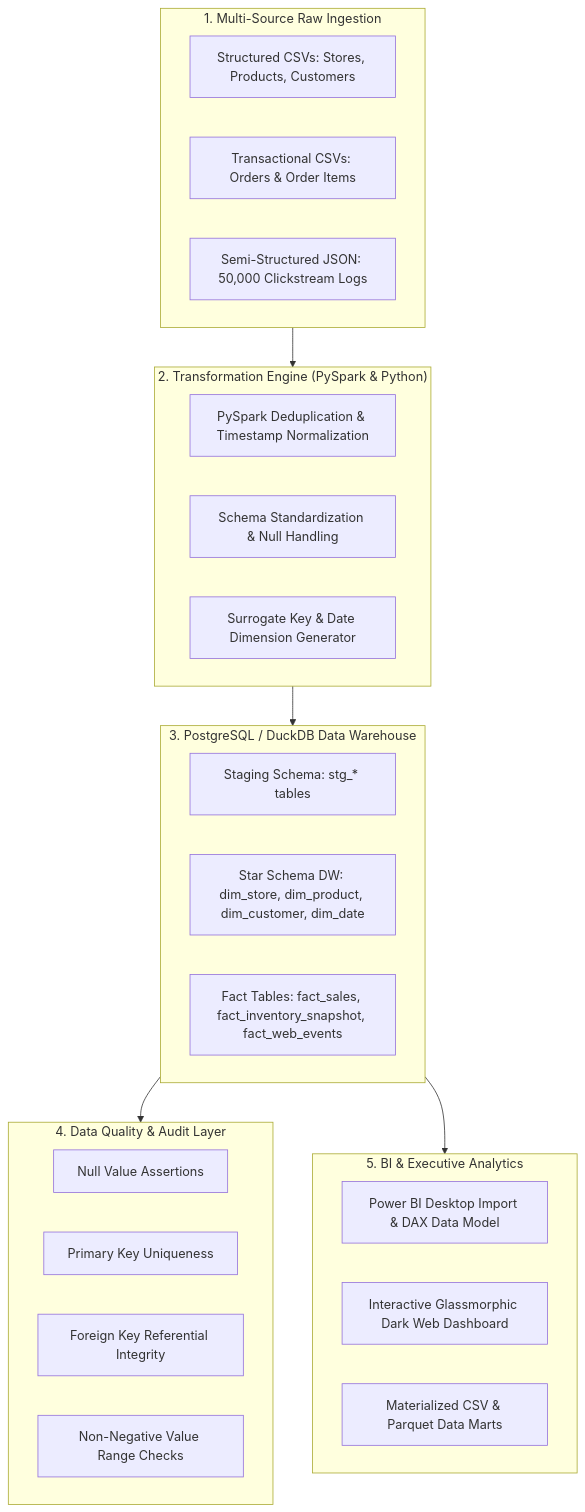
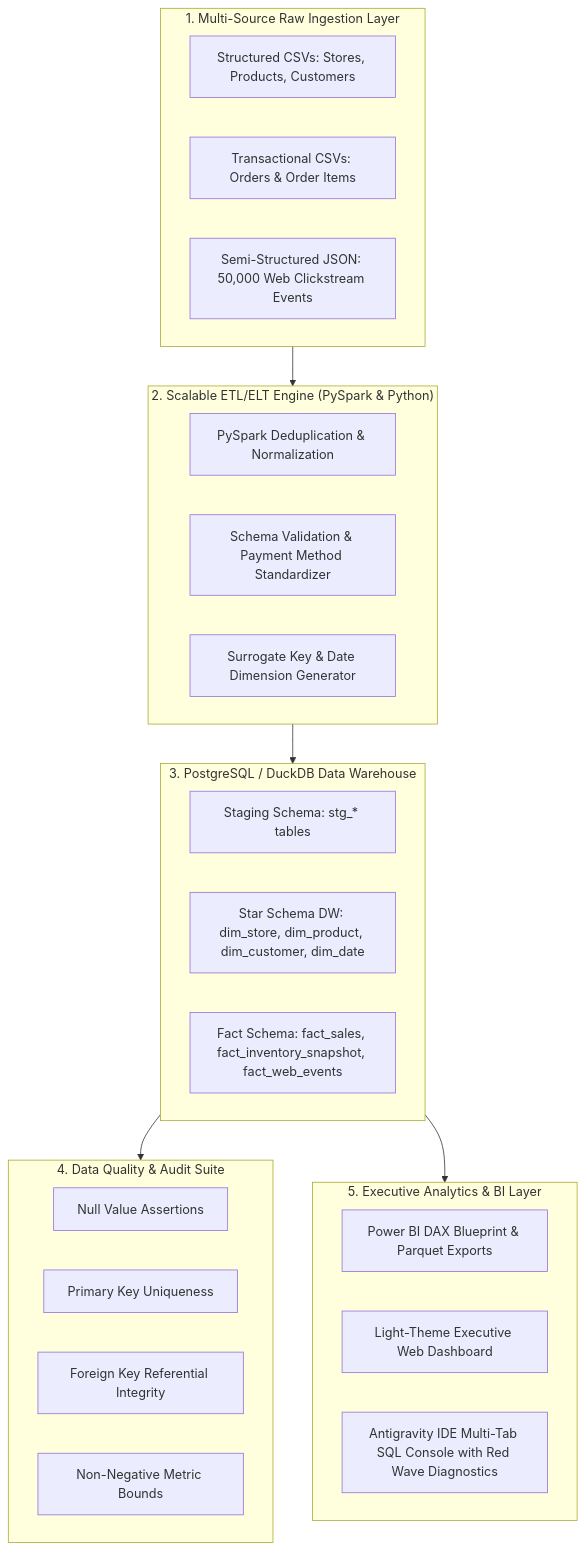
One commit to rajuperumalla951515/Enterprise-Retail-Data-Platform changed the diagram in README.md. Above: the diagram before and after it, drawn with Mermaid. The commit also changed other lines of this file, not shown here.

````diff
--- a/README.md
+++ b/README.md
@@ -25,38 +28,38 @@
 ```mermaid
 flowchart TD
-    subgraph Multi_Source_Ingestion["1. Multi-Source Raw Ingestion"]
+    subgraph Raw_Ingestion["1. Multi-Source Raw Ingestion Layer"]
         A1[Structured CSVs: Stores, Products, Customers]
         A2[Transactional CSVs: Orders & Order Items]
-        A3[Semi-Structured JSON: 50,000 Clickstream Logs]
+        A3[Semi-Structured JSON: 50,000 Web Clickstream Events]
     end
 
-    subgraph ETL_Transformation_Engine["2. Transformation Engine (PySpark & Python)"]
-        B1[PySpark Deduplication & Timestamp Normalization]
-        B2[Schema Standardization & Null Handling]
+    subgraph Transformation_Engine["2. Scalable ETL/ELT Engine (PySpark & Python)"]
+        B1[PySpark Deduplication & Normalization]
+        B2[Schema Validation & Payment Method Standardizer]
         B3[Surrogate Key & Date Dimension Generator]
     end
 
     subgraph Data_Warehouse["3. PostgreSQL / DuckDB Data Warehouse"]
         C1[Staging Schema: stg_* tables]
         C2[Star Schema DW: dim_store, dim_product, dim_customer, dim_date]
-        C3[Fact Tables: fact_sales, fact_inventory_snapshot, fact_web_events]
+        C3[Fact Schema: fact_sales, fact_inventory_snapshot, fact_web_events]
     end
 
-    subgraph Data_Quality_Suite["4. Data Quality & Audit Layer"]
+    subgraph Data_Quality["4. Data Quality & Audit Suite"]
         D1[Null Value Assertions]
         D2[Primary Key Uniqueness]
         D3[Foreign Key Referential Integrity]
-        D4[Non-Negative Value Range Checks]
+        D4[Non-Negative Metric Bounds]
     end
 
-    subgraph BI_Visualization["5. BI & Executive Analytics"]
-        E1[Power BI Desktop Import & DAX Data Model]
-        E2[Interactive Glassmorphic Dark Web Dashboard]
-        E3[Materialized CSV & Parquet Data Marts]
+    subgraph Analytics_BI["5. Executive Analytics & BI Layer"]
+        E1[Power BI DAX Blueprint & Parquet Exports]
+        E2[Light-Theme Executive Web Dashboard]
+        E3[Antigravity IDE Multi-Tab SQL Console with Red Wave Diagnostics]
     end
 
-    Multi_Source_Ingestion --> ETL_Transformation_Engine
-    ETL_Transformation_Engine --> Data_Warehouse
-    Data_Warehouse --> Data_Quality_Suite
-    Data_Warehouse --> BI_Visualization
+    Raw_Ingestion --> Transformation_Engine
+    Transformation_Engine --> Data_Warehouse
+    Data_Warehouse --> Data_Quality
+    Data_Warehouse --> Analytics_BI
 ```
````
